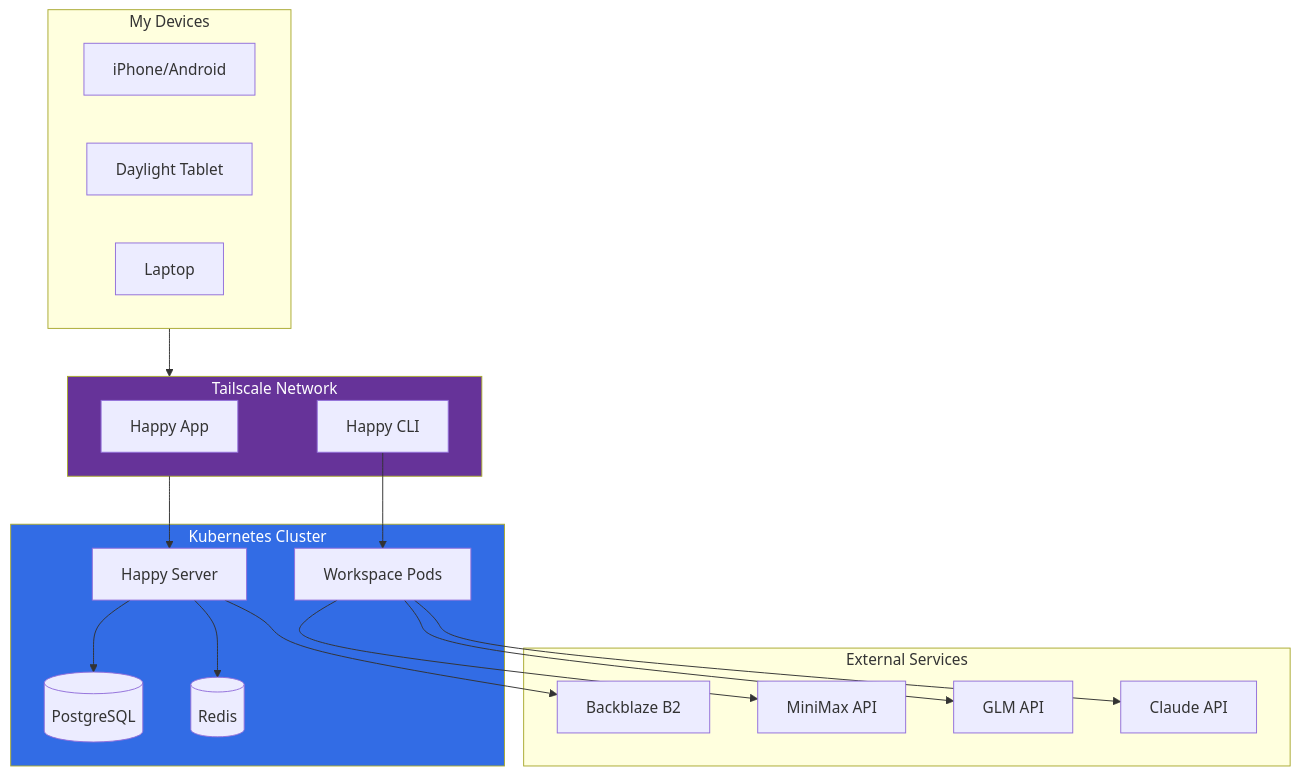
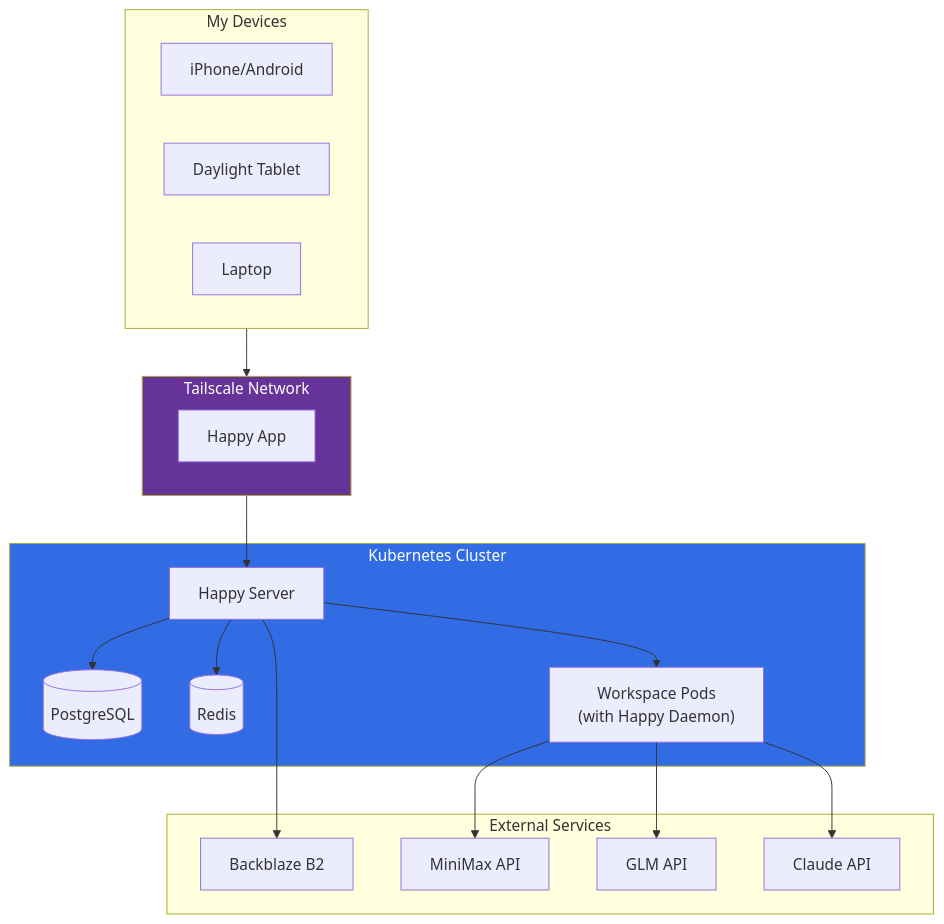
One commit to denysvitali/denvit-blog changed the diagram in content/posts/im-happy-engineer-now.md. Above: the diagram before and after it, drawn with Mermaid.

Commit message:
fix: correct Happy architecture diagram
- Show Happy Daemon running inside Workspace Pods
- Remove Happy CLI (unused in this setup)
- Fix flow: Happy Server → Workspace Pods → LLMs

🤖 Generated with [Claude Code](https://claude.ai/code)

````diff
--- a/content/posts/im-happy-engineer-now.md
+++ b/content/posts/im-happy-engineer-now.md
@@ -99,42 +99,41 @@
 ```mermaid
 graph TB
     subgraph Devices[My Devices]
         D1[iPhone/Android]
         D2[Daylight Tablet]
         D3[Laptop]
     end
 
     subgraph Tailscale[Tailscale Network]
         H1[Happy App]
-        H2[Happy CLI]
     end
 
     subgraph K8s[Kubernetes Cluster]
         S["Happy Server"]
         DB[(PostgreSQL)]
         R[(Redis)]
-        W[Workspace Pods]
+        W["Workspace Pods<br/>(with Happy Daemon)"]
     end
 
     subgraph External[External Services]
         B2[Backblaze B2]
         LLM1[MiniMax API]
         LLM2[GLM API]
         LLM3[Claude API]
     end
 
     Devices --> Tailscale
     Tailscale --> S
     S --> DB
     S --> R
     S --> B2
-    H2 --> W
+    S --> W
     W --> LLM1
     W --> LLM2
     W --> LLM3
 
     classDef tailscale fill:#663399,color:#fff
     classDef k8s fill:#326CE5,color:#fff
     class Tailscale tailscale
     class K8s k8s
 ```
````
